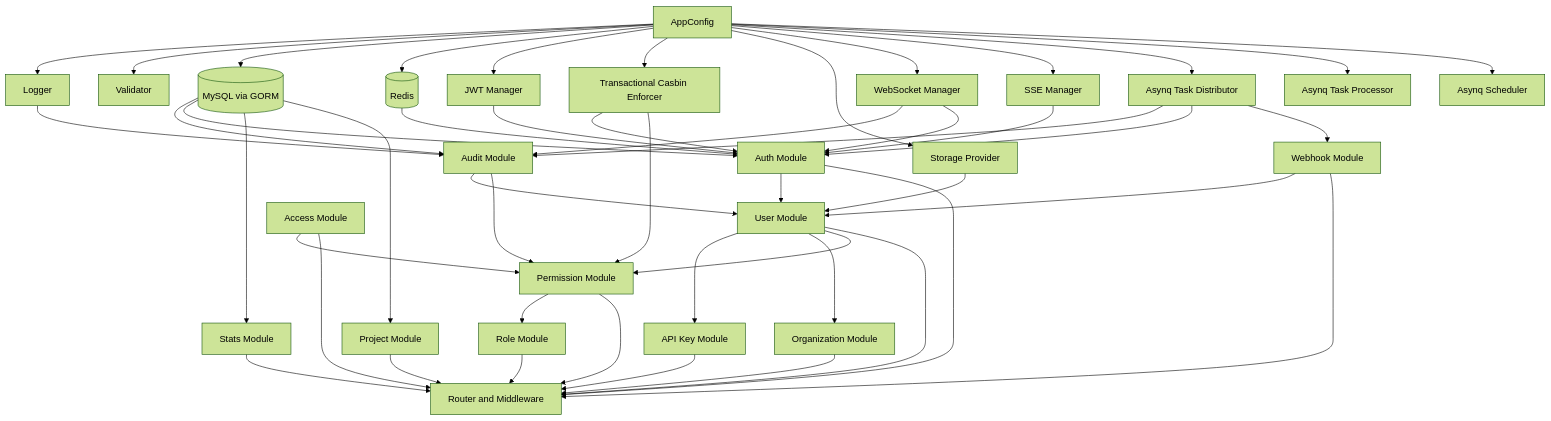
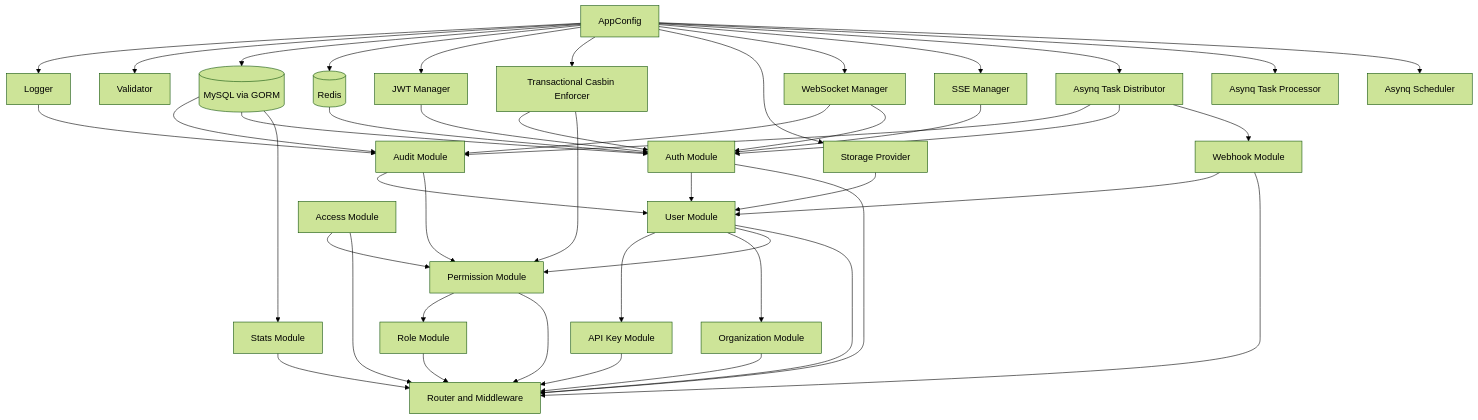
One commit to Roisfaozi/queue-base changed the second of 11 diagrams in documentation/architecture/ARCHITECTURE_VISUAL_AND_SEQUENCE.md. Above: the diagram before and after it, drawn with Mermaid (forest theme). The commit also changed other lines of this file and 13 other files, not shown here.

Commit message:
docs: remove project module references

```diff
--- a/documentation/architecture/ARCHITECTURE_VISUAL_AND_SEQUENCE.md
+++ b/documentation/architecture/ARCHITECTURE_VISUAL_AND_SEQUENCE.md
@@ -71,7 +71,6 @@
     PermissionModule[Permission Module]
     RoleModule[Role Module]
     AccessModule[Access Module]
-    ProjectModule[Project Module]
     ApiKeyModule[API Key Module]
     WebhookModule[Webhook Module]
     StatsModule[Stats Module]
@@ -122,7 +121,6 @@
     PermissionModule --> RoleModule
 
     DB --> StatsModule
-    DB --> ProjectModule
 
     AuthModule --> Router
     UserModule --> Router
@@ -130,7 +128,6 @@
     PermissionModule --> Router
     RoleModule --> Router
     AccessModule --> Router
-    ProjectModule --> Router
     ApiKeyModule --> Router
     WebhookModule --> Router
     StatsModule --> Router
```
